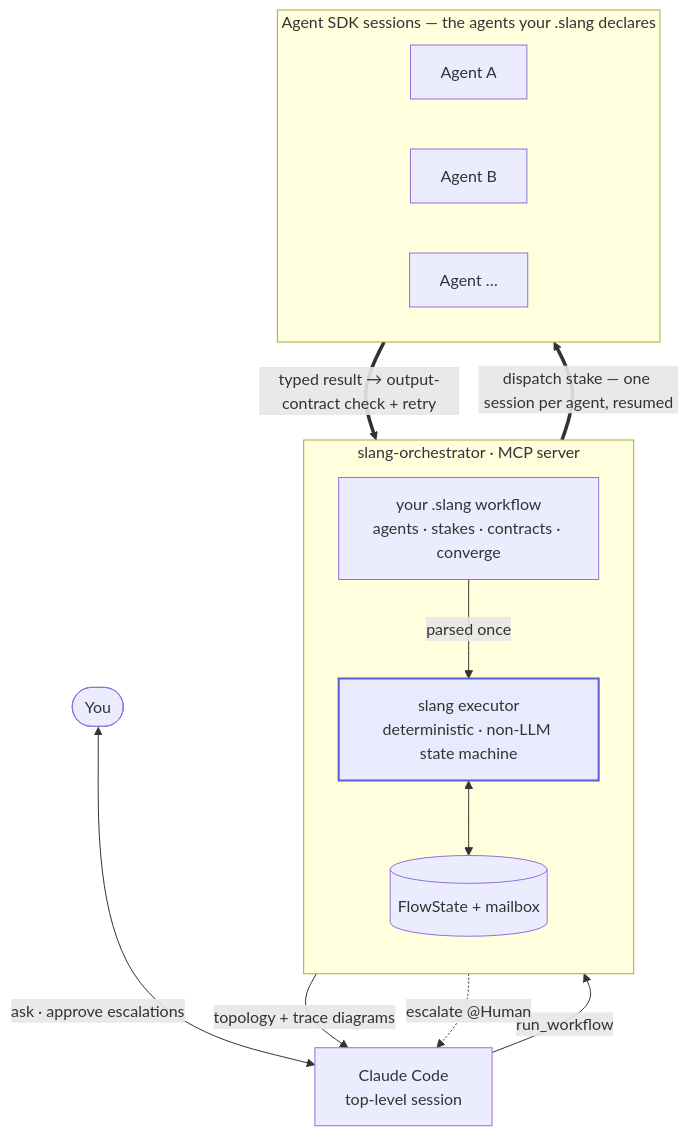
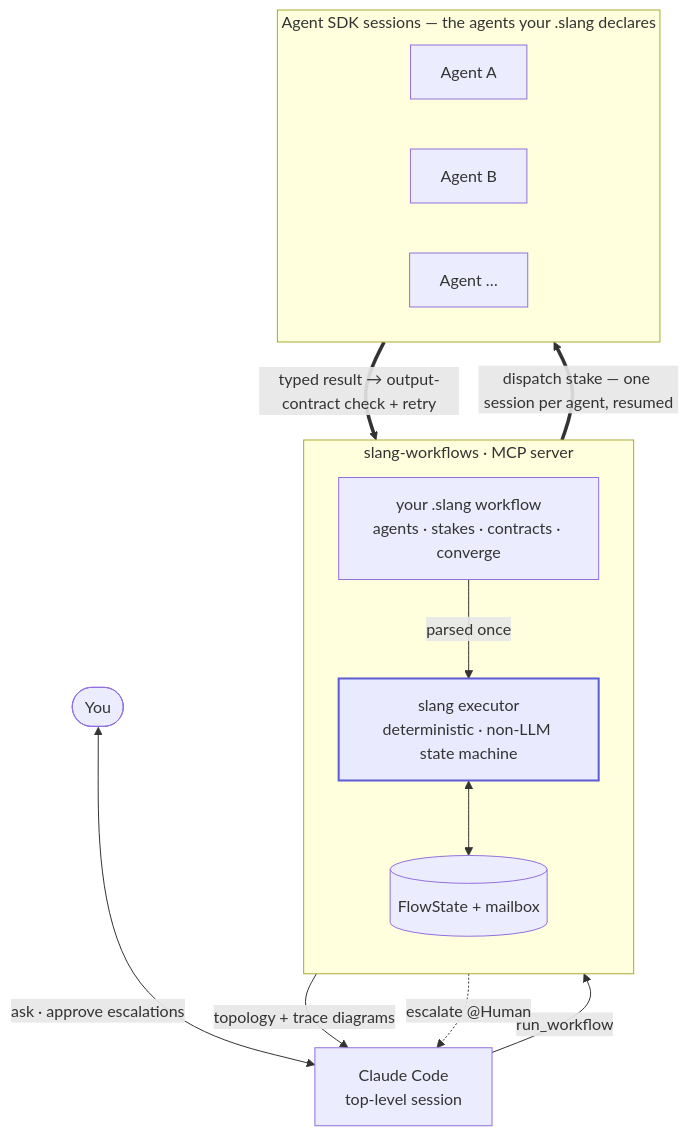
Before and after one commit to shofer-dev/claude-code-slang-orchestrator: the diagram in README.md, drawn with Mermaid. The commit also changed 8 other files, not shown here.

First line of the commit message:
docs: sweep internal name references to slang-workflows

````diff
--- a/README.md
+++ b/README.md
@@ -23,31 +23,31 @@
 ```mermaid
 flowchart TB
     You(["You"])
     CC["Claude Code<br/>top-level session"]
 
-    subgraph server["slang-orchestrator · MCP server"]
+    subgraph server["slang-workflows · MCP server"]
         direction TB
         SL["your .slang workflow<br/>agents · stakes · contracts · converge"]
         EX["slang executor<br/>deterministic · non-LLM state machine"]
         MB[("FlowState + mailbox")]
         SL -->|"parsed once"| EX
         EX <--> MB
     end
 
     subgraph Agents["Agent SDK sessions — the agents your .slang declares"]
         direction LR
         A1["Agent A"]
         A2["Agent B"]
         A3["Agent …"]
     end
 
     You <-->|"ask · approve escalations"| CC
     CC -->|"run_workflow"| EX
     EX -->|"topology + trace diagrams"| CC
     EX ==>|"dispatch stake — one session per agent, resumed"| Agents
     Agents ==>|"typed result → output-contract check + retry"| EX
     EX -.->|"escalate @Human"| CC
 
     classDef brain fill:#eaeaff,stroke:#5b5bd6,stroke-width:2px;
     class EX brain;
 ```
````
